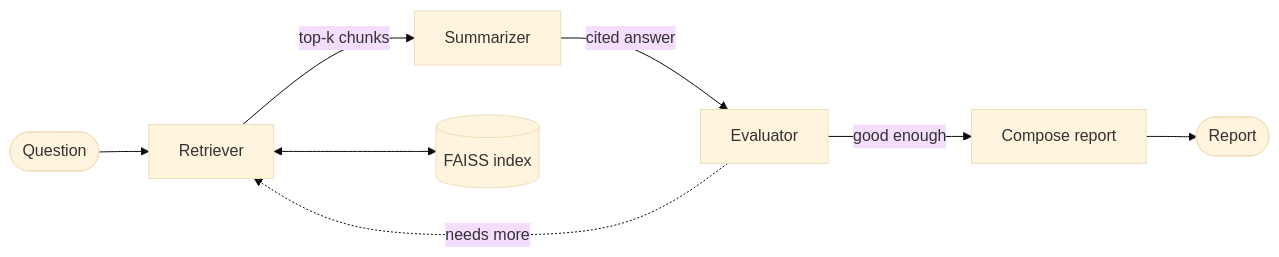
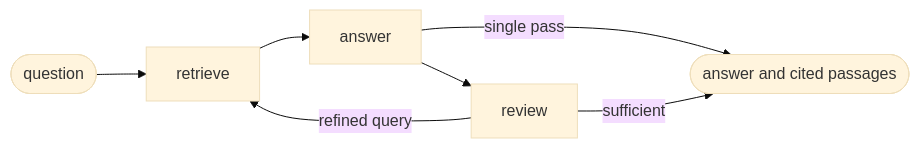
Before and after one commit to bharathkumardev1/Agentic-Research-Assistant: the diagram in README.md, drawn with Mermaid (base theme). The commit also changed other lines of this file, not shown here.

````diff
--- a/README.md
+++ b/README.md
@@ -29,10 +9,9 @@
 ```mermaid
 flowchart LR
-    Q([Question]) --> R[Retriever]
-    R -->|top-k chunks| S[Summarizer]
-    S -->|cited answer| E[Evaluator]
-    E -->|good enough| C[Compose report]
-    E -.->|needs more| R
-    C --> OUT([Report])
-    R <--> VS[(FAISS index)]
+    Q([question]) --> R[retrieve]
+    R --> A[answer]
+    A -->|single pass| D([answer and cited passages])
+    A --> V[review]
+    V -->|sufficient| D
+    V -->|refined query| R
 ```
````
